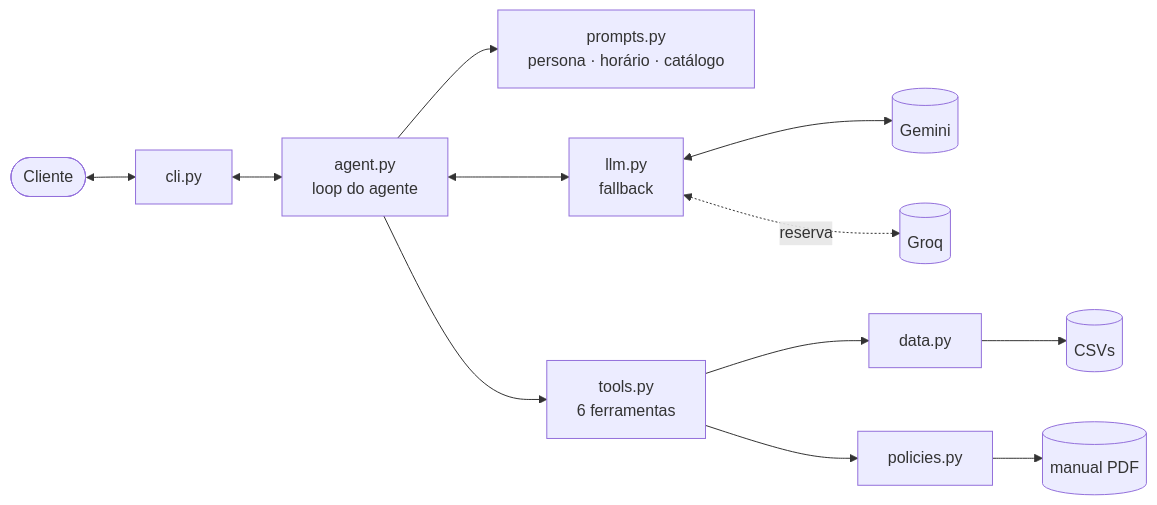
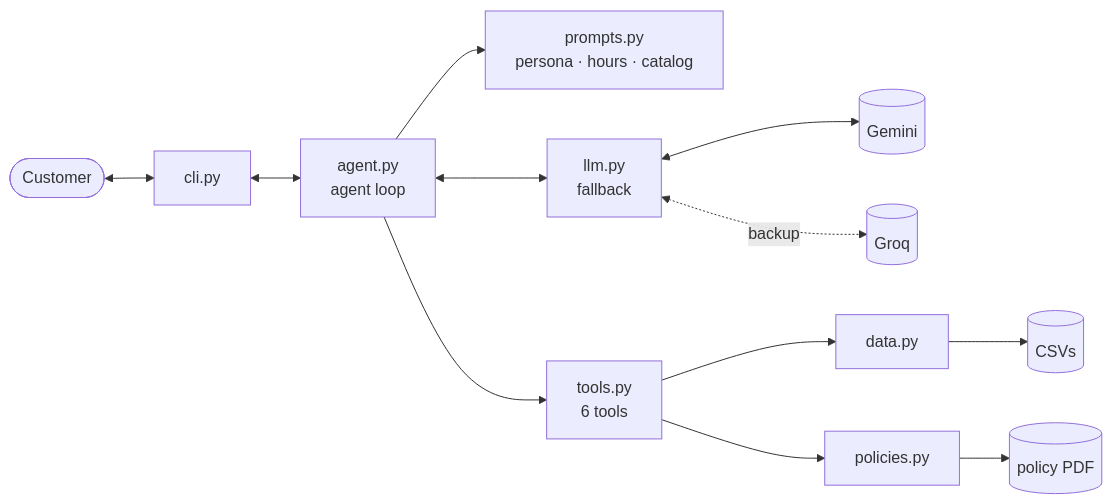
Before and after one commit to daianesmendes/emporio-agente: the diagram in README.md, drawn with Mermaid. The commit also changed other lines of this file and 2 other files, not shown here.

````diff
--- a/README.md
+++ b/README.md
@@ -64,12 +69,12 @@
 ```mermaid
 flowchart LR
-    U([Cliente]) <--> CLI[cli.py]
-    CLI <--> A[agent.py<br/>loop do agente]
-    A --> P[prompts.py<br/>persona · horário · catálogo]
+    U([Customer]) <--> CLI[cli.py]
+    CLI <--> A[agent.py<br/>agent loop]
+    A --> P[prompts.py<br/>persona · hours · catalog]
     A <--> L[llm.py<br/>fallback]
     L <--> G[(Gemini)]
-    L <-.reserva.-> GQ[(Groq)]
-    A --> T[tools.py<br/>6 ferramentas]
+    L <-.backup.-> GQ[(Groq)]
+    A --> T[tools.py<br/>6 tools]
     T --> S[data.py] --> CSV[(CSVs)]
-    T --> PO[policies.py] --> PDF[(manual PDF)]
+    T --> PO[policies.py] --> PDF[(policy PDF)]
 ```
````
